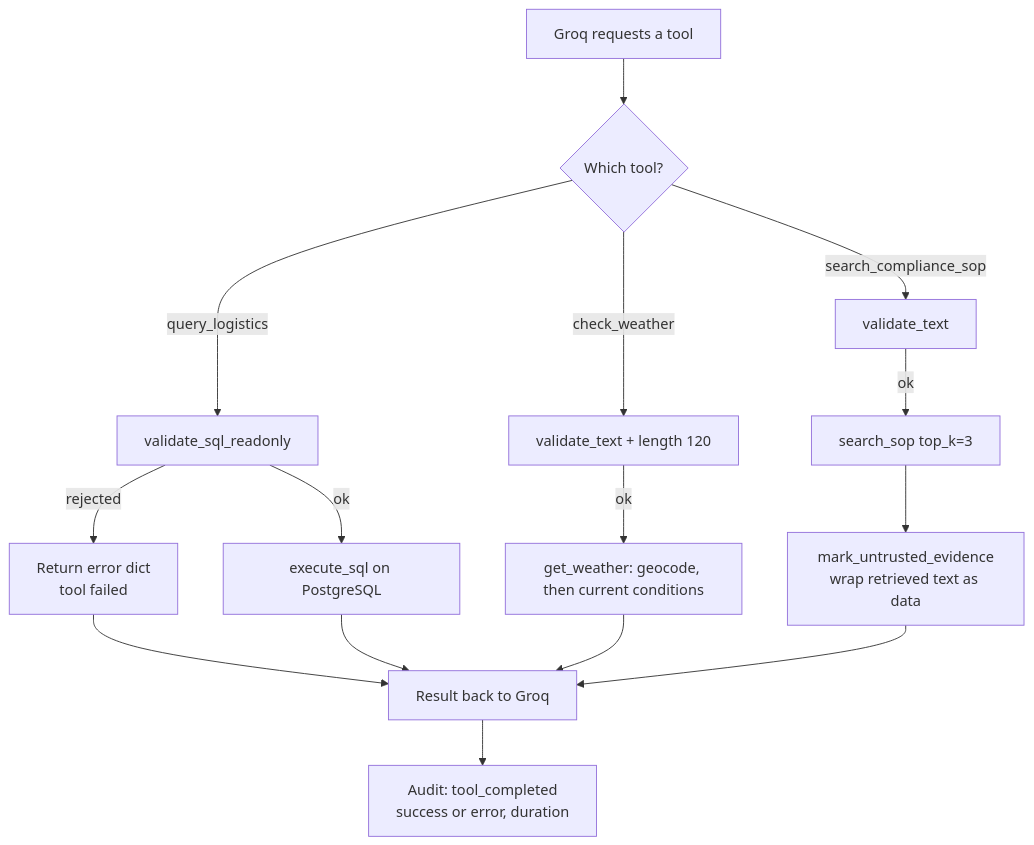
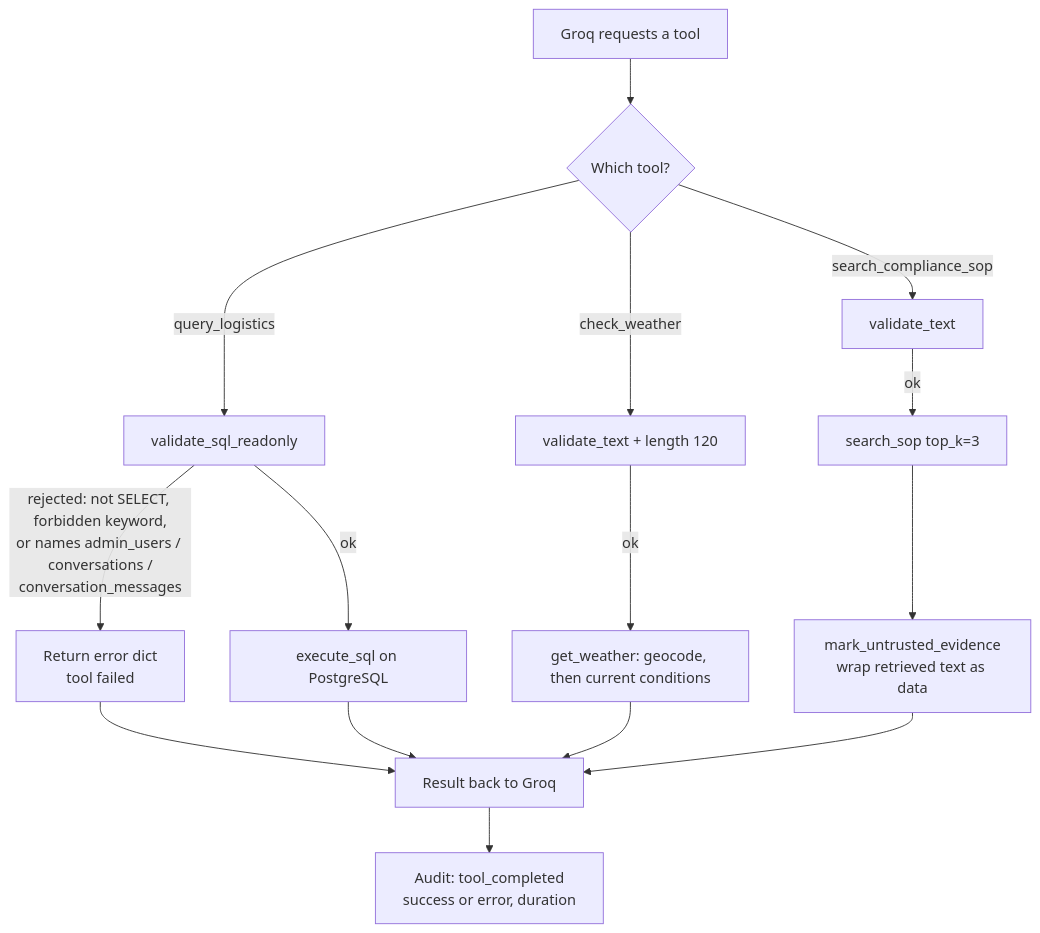
The fourth of 10 diagrams in context/workflow.md (Nagendrakumarkv/FDE_COLD_CHAIN_AI), drawn with Mermaid before and after one commit. The commit also changed other lines of this file, not shown here.

````diff
--- a/context/workflow.md
+++ b/context/workflow.md
@@ -73,17 +81,17 @@
 ```mermaid
 flowchart TD
     A[Groq requests a tool] --> B{Which tool?}
     B -->|query_logistics| C[validate_sql_readonly]
     B -->|check_weather| D[validate_text + length 120]
     B -->|search_compliance_sop| E[validate_text]
-    C -->|rejected| X[Return error dict<br/>tool failed]
+    C -->|rejected: not SELECT, forbidden keyword,<br/>or names admin_users / conversations /<br/>conversation_messages| X[Return error dict<br/>tool failed]
     C -->|ok| C2[execute_sql on PostgreSQL]
     D -->|ok| D2[get_weather: geocode, then current conditions]
     E -->|ok| E2[search_sop top_k=3]
     E2 --> E3[mark_untrusted_evidence<br/>wrap retrieved text as data]
     C2 --> R[Result back to Groq]
     D2 --> R
     E3 --> R
     X --> R
     R --> L[Audit: tool_completed<br/>success or error, duration]
 ```
````
